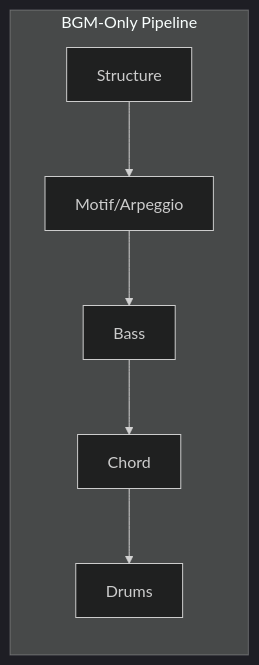
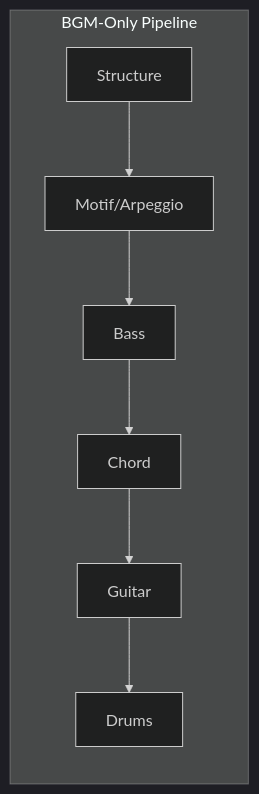
Before and after one commit to libraz/midi-sketch-homepage: the second of 7 diagrams in src/docs/generation-pipeline.md, drawn with Mermaid (dark theme). The commit also changed other lines of this file and 24 other files, not shown here.

````diff
--- a/src/docs/generation-pipeline.md
+++ b/src/docs/generation-pipeline.md
@@ -37,9 +37,10 @@
 ```mermaid
 flowchart LR
     subgraph BGMMode [BGM-Only Pipeline]
         B1[Structure] --> B2[Motif/Arpeggio]
         B2 --> B3[Bass]
         B3 --> B4[Chord]
-        B4 --> B5[Drums]
+        B4 --> B5[Guitar]
+        B5 --> B6[Drums]
     end
 ```
````
